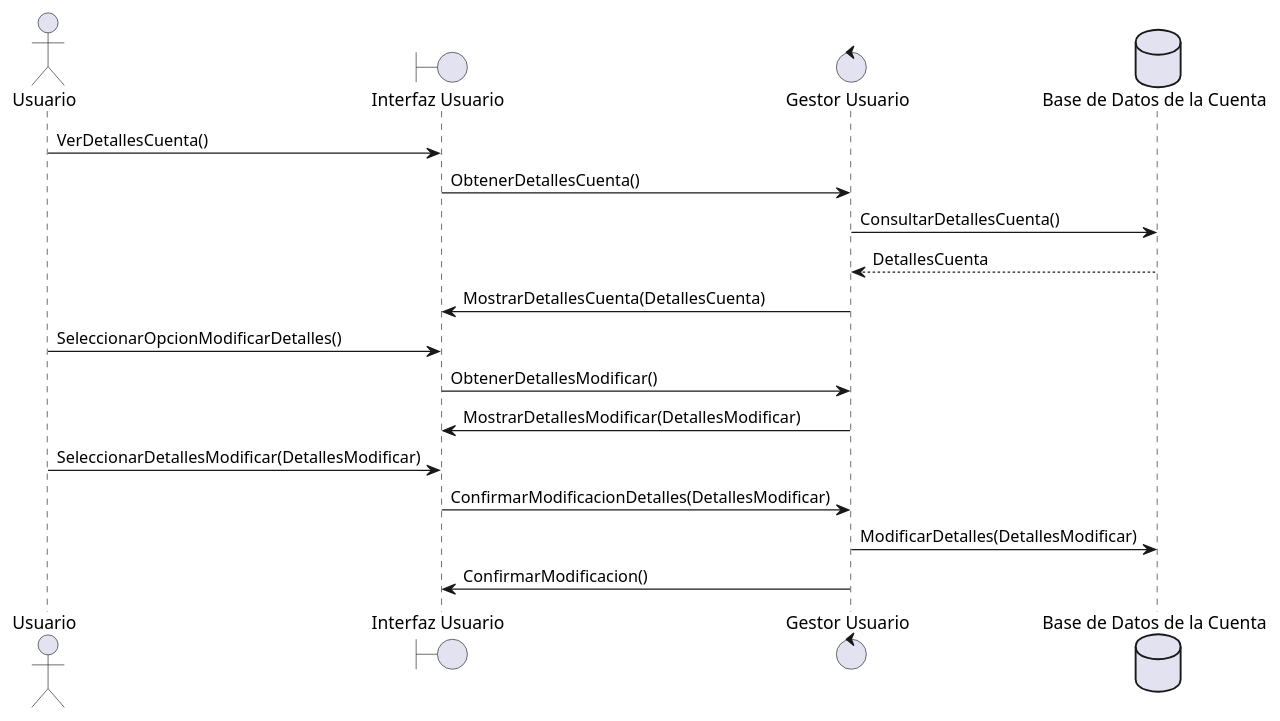
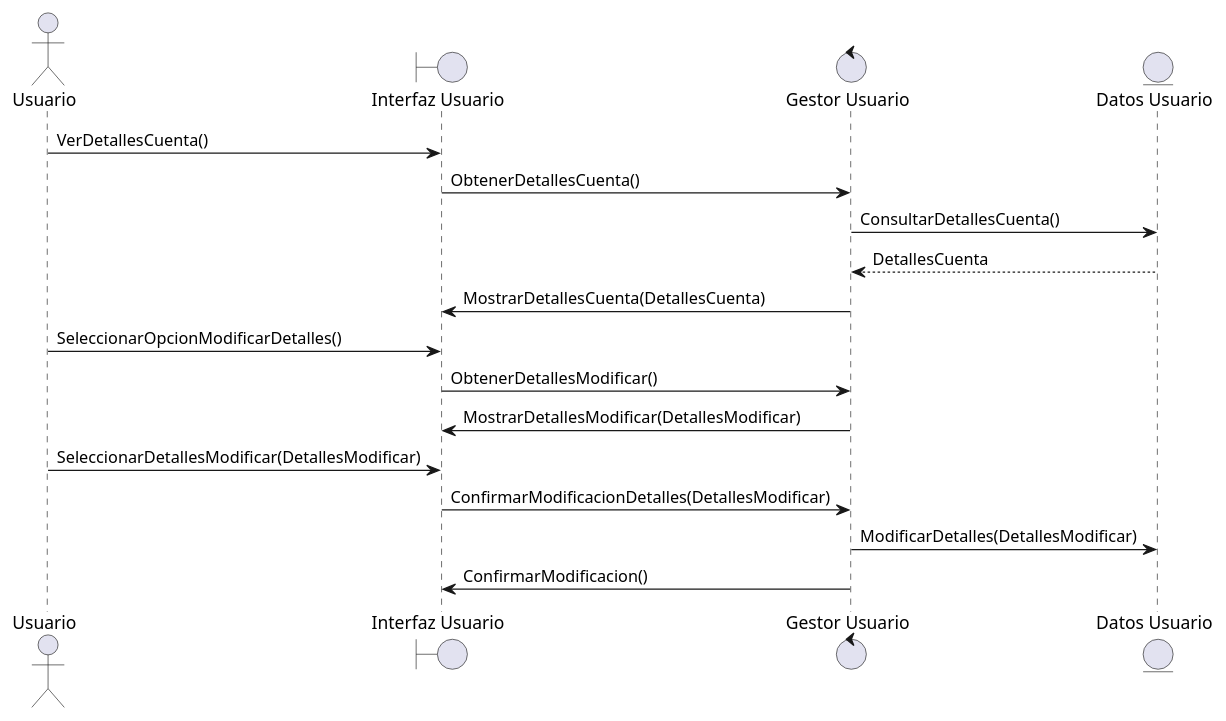
One commit to Ashwrai/Documentation_practice changed the diagram in others/working-documents/sprint-4/umls/modificar_datos_de_la_cuenta.plantuml. Above: the diagram before and after it, drawn with PlantUML.

```diff
--- a/others/working-documents/sprint-4/umls/modificar_datos_de_la_cuenta.plantuml
+++ b/others/working-documents/sprint-4/umls/modificar_datos_de_la_cuenta.plantuml
@@ -1,21 +1,21 @@
 @startuml
 
 actor Usuario
 boundary "Interfaz Usuario"
 control "Gestor Usuario"
-database "Base de Datos de la Cuenta"
+entity "Datos Usuario"
 
 Usuario -> "Interfaz Usuario": VerDetallesCuenta()
 "Interfaz Usuario" -> "Gestor Usuario": ObtenerDetallesCuenta()
-"Gestor Usuario" -> "Base de Datos de la Cuenta": ConsultarDetallesCuenta()
-"Base de Datos de la Cuenta" --> "Gestor Usuario": DetallesCuenta
+"Gestor Usuario" -> "Datos Usuario": ConsultarDetallesCuenta()
+"Datos Usuario" --> "Gestor Usuario": DetallesCuenta
 "Gestor Usuario" -> "Interfaz Usuario": MostrarDetallesCuenta(DetallesCuenta)
 Usuario -> "Interfaz Usuario": SeleccionarOpcionModificarDetalles()
 "Interfaz Usuario" -> "Gestor Usuario": ObtenerDetallesModificar()
 "Gestor Usuario" -> "Interfaz Usuario": MostrarDetallesModificar(DetallesModificar)
 Usuario -> "Interfaz Usuario": SeleccionarDetallesModificar(DetallesModificar)
 "Interfaz Usuario" -> "Gestor Usuario": ConfirmarModificacionDetalles(DetallesModificar)
-"Gestor Usuario" -> "Base de Datos de la Cuenta": ModificarDetalles(DetallesModificar)
+"Gestor Usuario" -> "Datos Usuario": ModificarDetalles(DetallesModificar)
 "Gestor Usuario" -> "Interfaz Usuario": ConfirmarModificacion()
 
 @enduml
```
